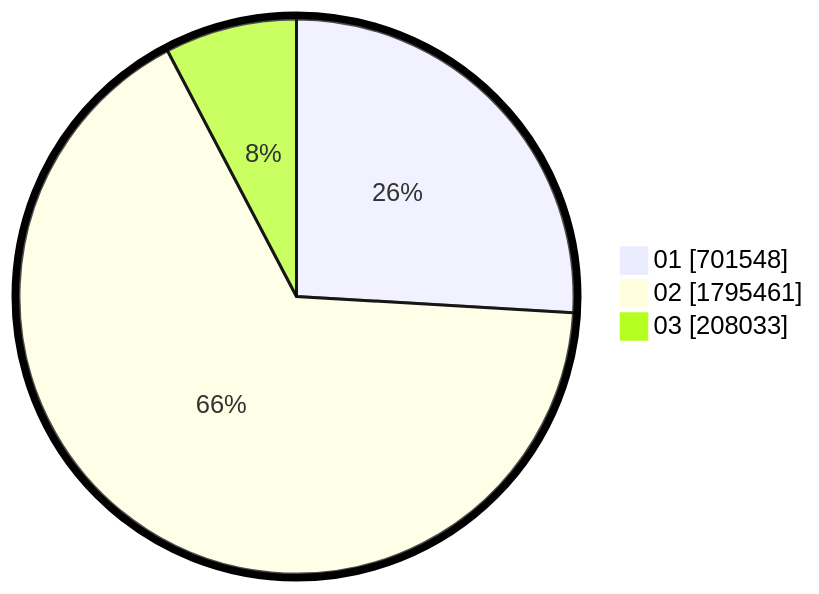
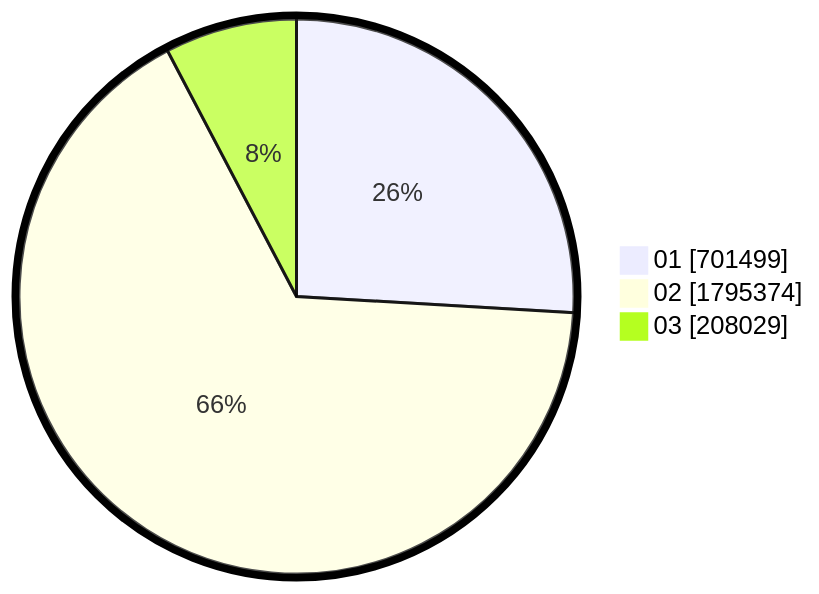
Before and after one commit to gigit-pemilu/pemilu-2024: the second of 2 diagrams in pilpres/hitung-suara/sub/table-wilayah-52.md, drawn with Mermaid. The commit also changed other lines of this file and 10 other files, not shown here.

````diff
--- a/pilpres/hitung-suara/sub/table-wilayah-52.md
+++ b/pilpres/hitung-suara/sub/table-wilayah-52.md
@@ -15,7 +15,7 @@
 ```mermaid
 %%{init: {"pie": {"textPosition": 0.5}, "themeVariables": {"pieOuterStrokeWidth": "5px"}} }%%
 pie showData
-    "01" : 701548
-    "02" : 1795461
-    "03" : 208033
+    "01" : 701499
+    "02" : 1795374
+    "03" : 208029
 ```
````
